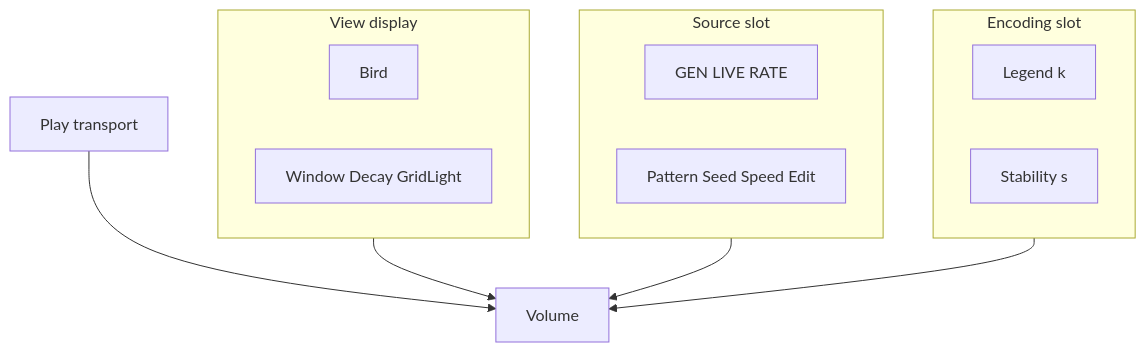
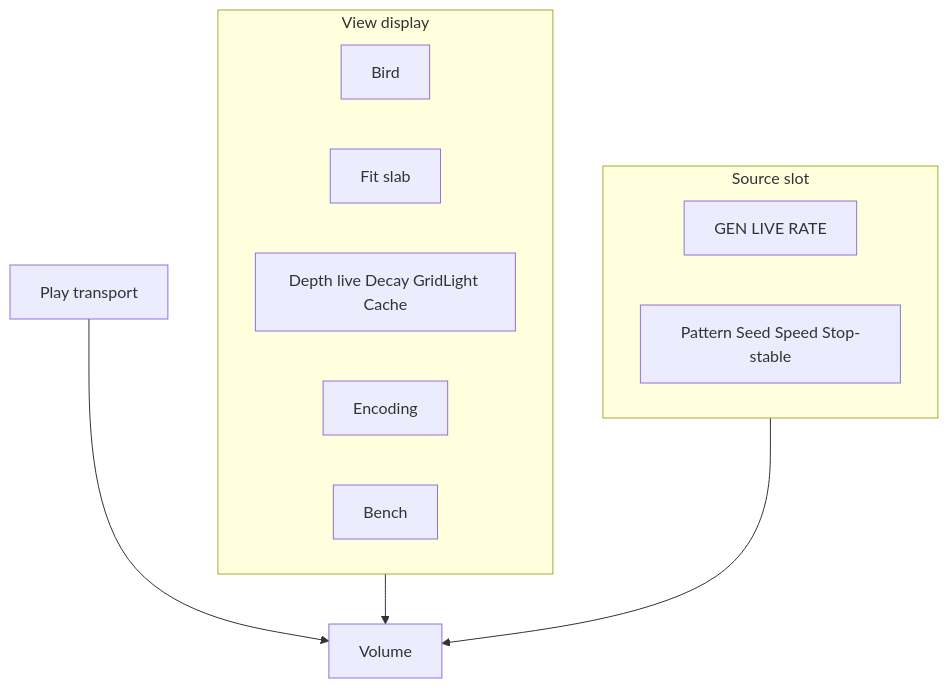
Before and after one commit to PiMaV/DONNER: the second of 4 diagrams in docs/gui.md, drawn with Mermaid. The commit also changed other lines of this file and 30 other files, not shown here.

First line of the commit message:
Treat Pause as RAM-tape inspect with a Z slab so Live stays a Depth wake and still lives do not grow endless towers.

````diff
--- a/docs/gui.md
+++ b/docs/gui.md
@@ -31,20 +32,18 @@
 ```mermaid
 flowchart TB
   subgraph view [View display]
     bird[Bird]
-    win[Window Decay GridLight]
+    fit[Fit slab]
+    win[Depth live Decay GridLight Cache]
+    enc[Encoding]
+    bench[Bench]
   end
   subgraph source [Source slot]
     gen[GEN LIVE RATE]
-    conway[Pattern Seed Speed Edit]
-  end
-  subgraph encoding [Encoding slot]
-    lut[Legend k]
-    fill[Stability s]
+    conway[Pattern Seed Speed Stop-stable]
   end
   play[Play transport]
   view --> volume[Volume]
   play --> volume
   source --> volume
-  encoding --> volume
 ```
````
